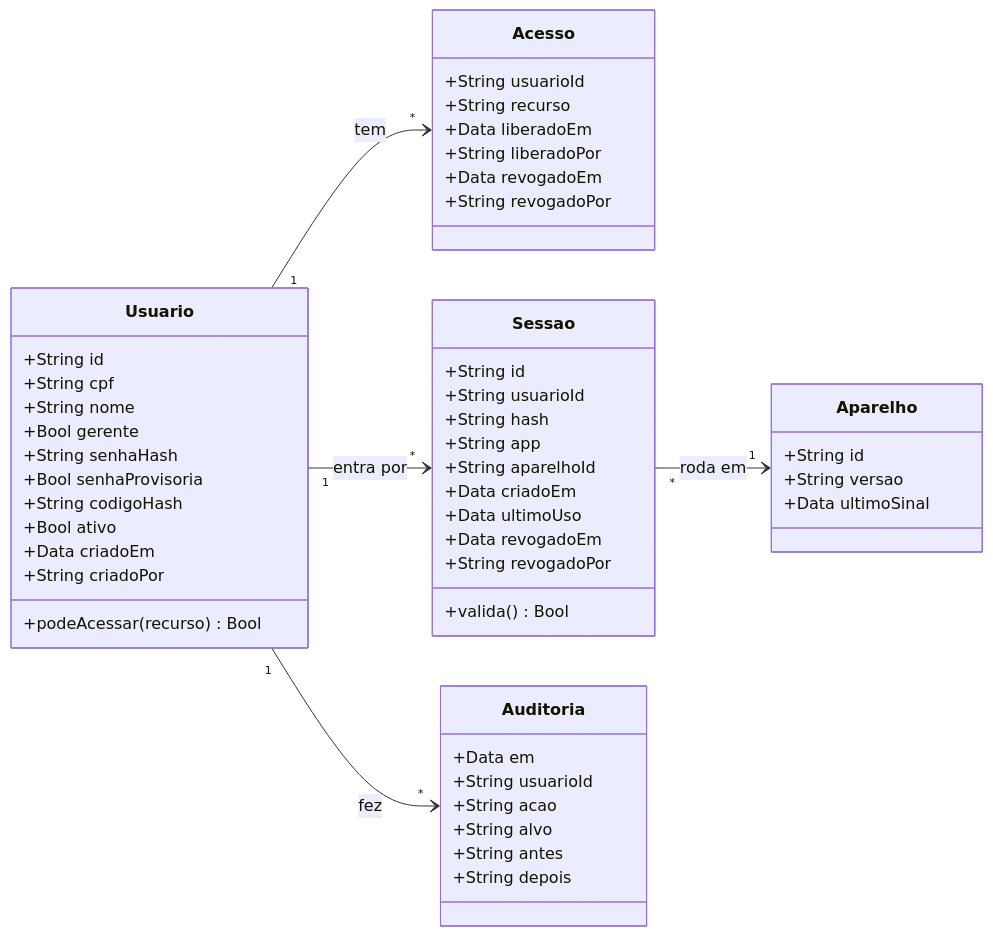
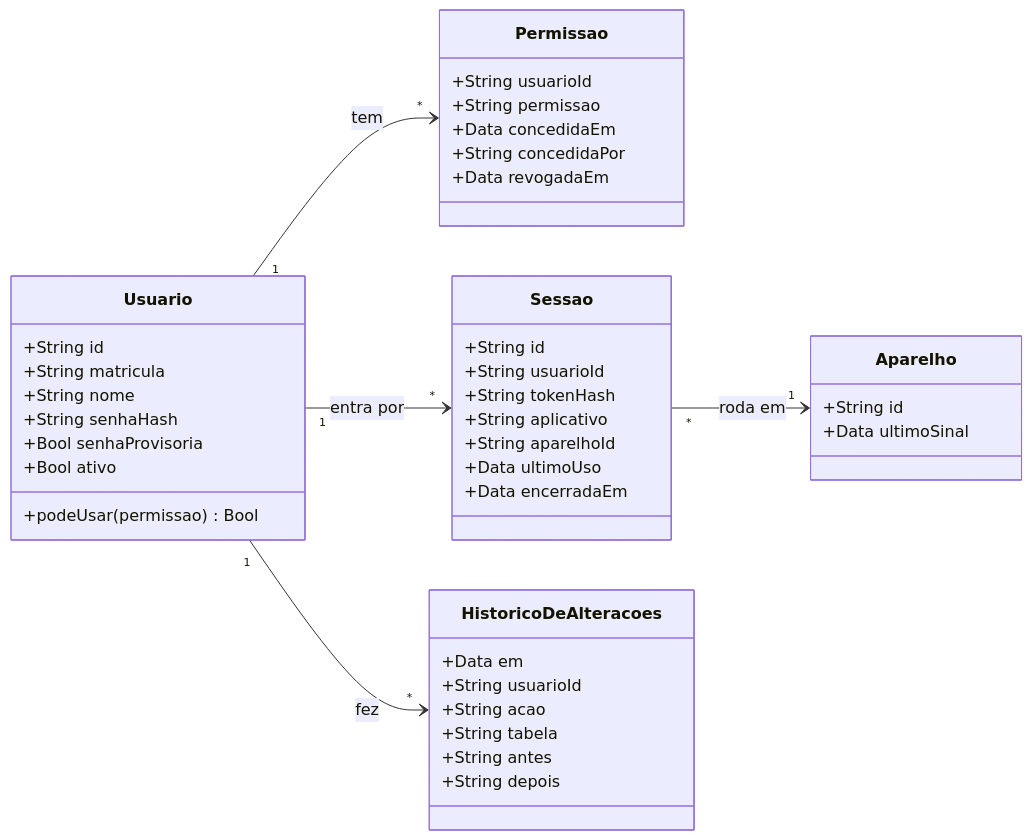
The first of 3 diagrams in docs/arquitetura.md (evilasionogueiraagro-netizen/GDV), drawn with Mermaid before and after one commit. The commit also changed other lines of this file and 4 other files, not shown here.

````diff
--- a/docs/arquitetura.md
+++ b/docs/arquitetura.md
@@ -11,54 +10,45 @@
 ```mermaid
 classDiagram
   direction LR
   class Usuario {
     +String id
-    +String cpf
+    +String matricula
     +String nome
-    +Bool gerente
     +String senhaHash
     +Bool senhaProvisoria
-    +String codigoHash
     +Bool ativo
-    +Data criadoEm
-    +String criadoPor
-    +podeAcessar(recurso) Bool
+    +podeUsar(permissao) Bool
   }
-  class Acesso {
+  class Permissao {
     +String usuarioId
-    +String recurso
-    +Data liberadoEm
-    +String liberadoPor
-    +Data revogadoEm
-    +String revogadoPor
+    +String permissao
+    +Data concedidaEm
+    +String concedidaPor
+    +Data revogadaEm
   }
   class Sessao {
     +String id
     +String usuarioId
-    +String hash
-    +String app
+    +String tokenHash
+    +String aplicativo
     +String aparelhoId
-    +Data criadoEm
     +Data ultimoUso
-    +Data revogadoEm
-    +String revogadoPor
-    +valida() Bool
+    +Data encerradaEm
   }
   class Aparelho {
     +String id
-    +String versao
     +Data ultimoSinal
   }
-  class Auditoria {
+  class HistoricoDeAlteracoes {
     +Data em
     +String usuarioId
     +String acao
-    +String alvo
+    +String tabela
     +String antes
     +String depois
   }
-  Usuario "1" --> "*" Acesso : tem
+  Usuario "1" --> "*" Permissao : tem
   Usuario "1" --> "*" Sessao : entra por
   Sessao "*" --> "1" Aparelho : roda em
-  Usuario "1" --> "*" Auditoria : fez
+  Usuario "1" --> "*" HistoricoDeAlteracoes : fez
 ```
````
